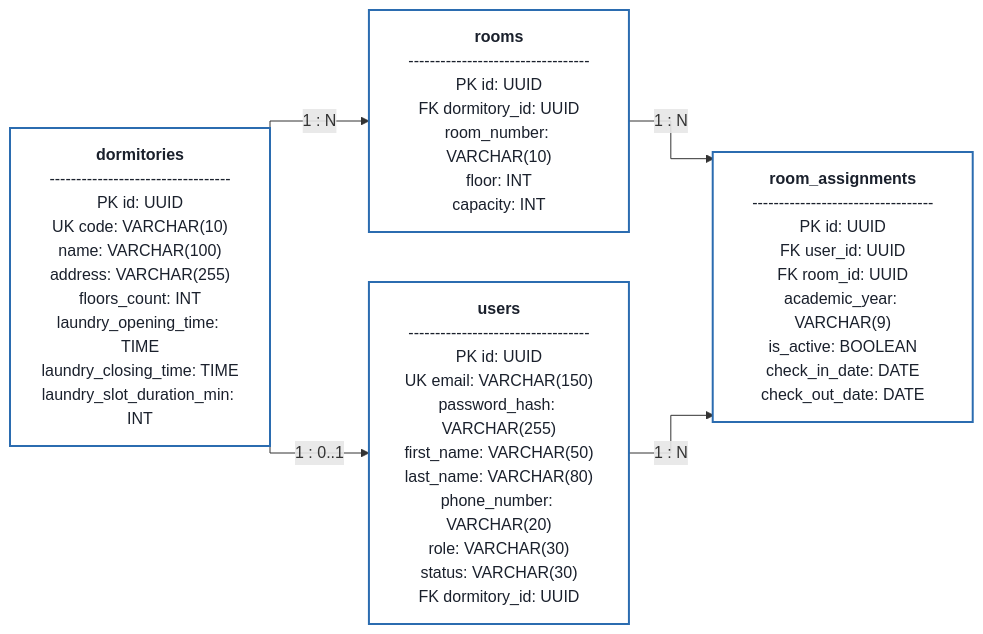
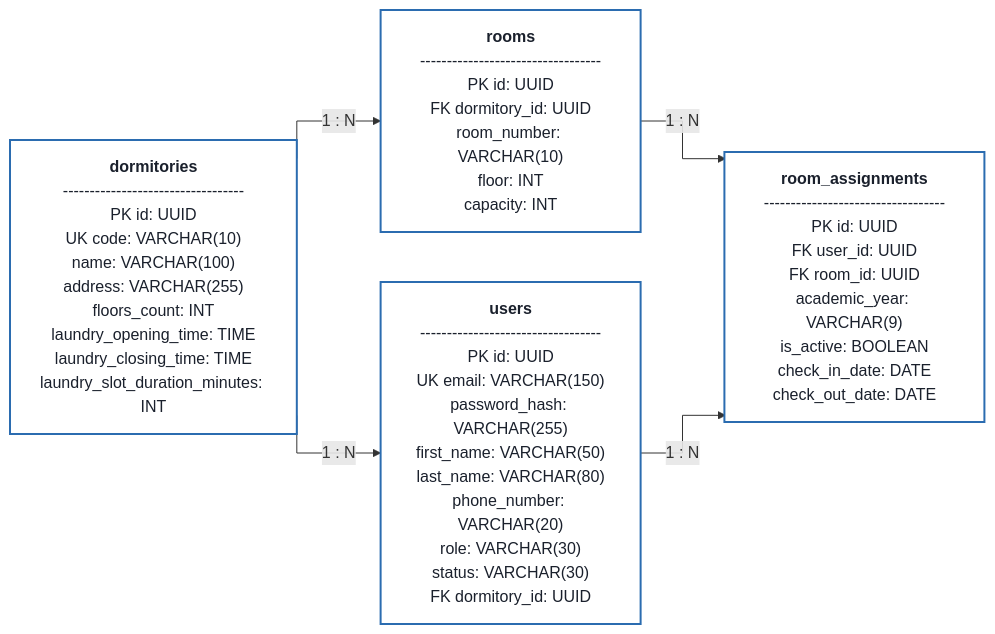
Before and after one commit to Buczy8/PKampus: the first of 5 diagrams in Docs/Model_Bazy_Danych_ERD.md, drawn with Mermaid. The commit also changed other lines of this file and 3 other files, not shown here.

Commit message:
docs: update use case and sequence diagrams for PKampus system, improve clarity and consistency

````diff
--- a/Docs/Model_Bazy_Danych_ERD.md
+++ b/Docs/Model_Bazy_Danych_ERD.md
@@ -28,18 +28,18 @@
 ```mermaid
 %%{init: {'flowchart': {'curve': 'stepBefore'}}}%%
 flowchart LR
     classDef tableStyle fill:#ffffff,stroke:#2b6cb0,stroke-width:2px,color:#1a202c;
 
-    DORMITORIES["<b>dormitories</b><br/>----------------------------------<br/>PK id: UUID<br/>UK code: VARCHAR(10)<br/>name: VARCHAR(100)<br/>address: VARCHAR(255)<br/>floors_count: INT<br/>laundry_opening_time: TIME<br/>laundry_closing_time: TIME<br/>laundry_slot_duration_min: INT"]:::tableStyle
+    DORMITORIES["<b>dormitories</b><br/>----------------------------------<br/>PK id: UUID<br/>UK code: VARCHAR(10)<br/>name: VARCHAR(100)<br/>address: VARCHAR(255)<br/>floors_count: INT<br/>laundry_opening_time: TIME<br/>laundry_closing_time: TIME<br/>laundry_slot_duration_minutes: INT"]:::tableStyle
 
     ROOMS["<b>rooms</b><br/>----------------------------------<br/>PK id: UUID<br/>FK dormitory_id: UUID<br/>room_number: VARCHAR(10)<br/>floor: INT<br/>capacity: INT"]:::tableStyle
 
     USERS["<b>users</b><br/>----------------------------------<br/>PK id: UUID<br/>UK email: VARCHAR(150)<br/>password_hash: VARCHAR(255)<br/>first_name: VARCHAR(50)<br/>last_name: VARCHAR(80)<br/>phone_number: VARCHAR(20)<br/>role: VARCHAR(30)<br/>status: VARCHAR(30)<br/>FK dormitory_id: UUID"]:::tableStyle
 
     ROOM_ASSIGNMENTS["<b>room_assignments</b><br/>----------------------------------<br/>PK id: UUID<br/>FK user_id: UUID<br/>FK room_id: UUID<br/>academic_year: VARCHAR(9)<br/>is_active: BOOLEAN<br/>check_in_date: DATE<br/>check_out_date: DATE"]:::tableStyle
 
     DORMITORIES -->|1 : N| ROOMS
-    DORMITORIES -->|1 : 0..1| USERS
+    DORMITORIES -->|1 : N| USERS
     ROOMS -->|1 : N| ROOM_ASSIGNMENTS
     USERS -->|1 : N| ROOM_ASSIGNMENTS
 ```
````
